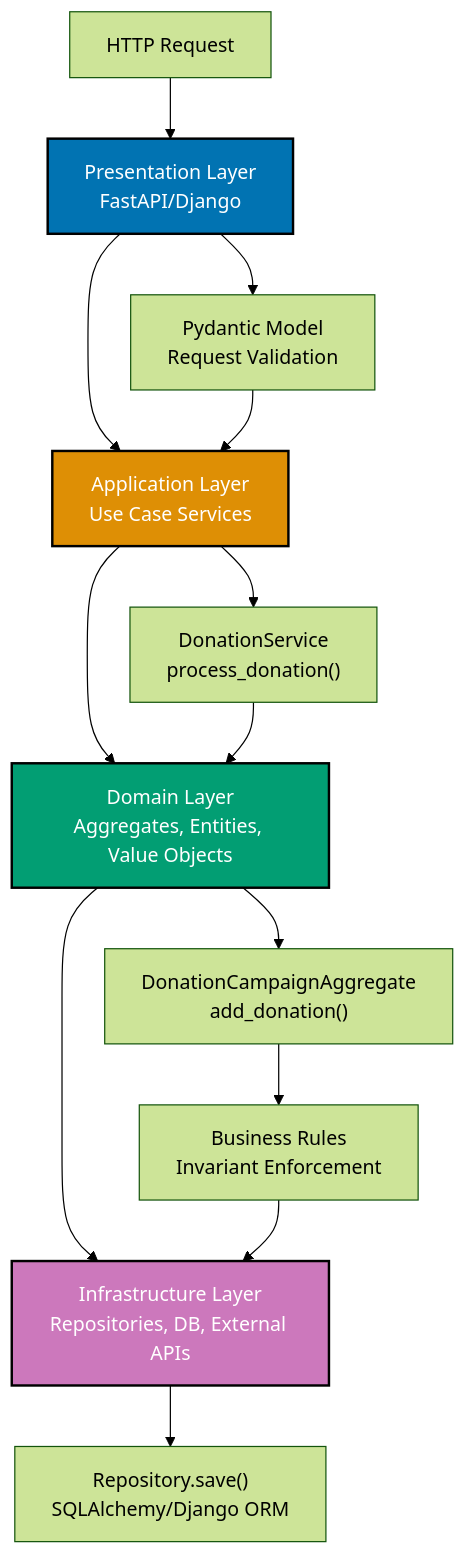
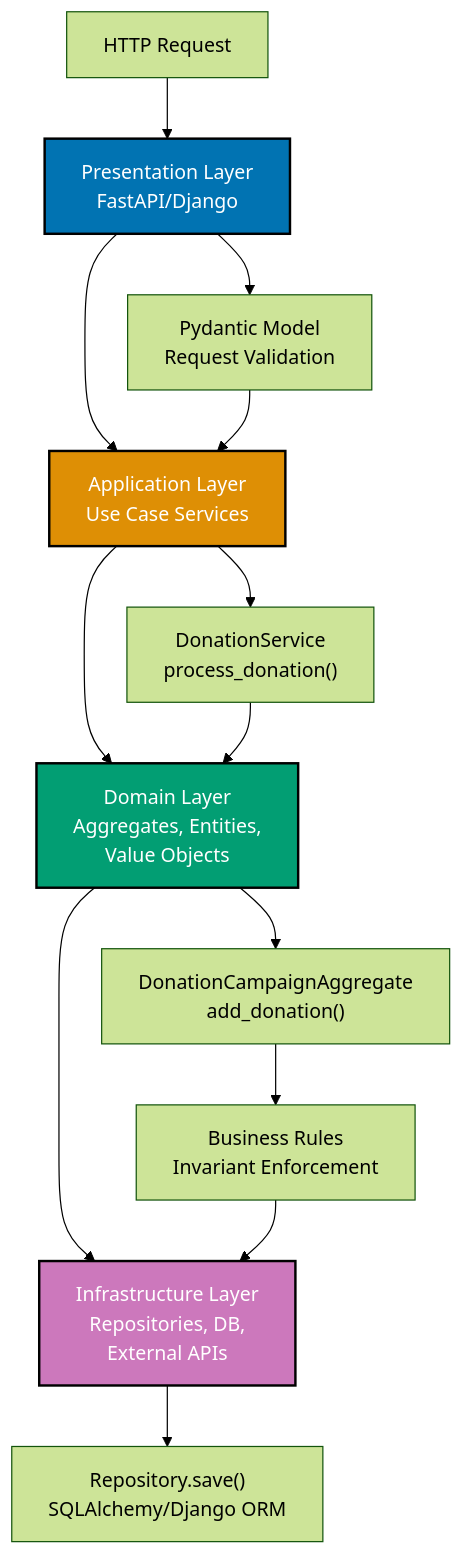
Before and after one commit to wahidyankf/open-sharia-enterprise: the first of 6 diagrams in docs/explanation/software-engineering/programming-languages/python/domain-driven-design.md, drawn with Mermaid (forest theme). The commit also changed other lines of this file and 12 other files, not shown here.

First line of the commit message:
fix(docs): fix mermaid violations in python docs

````diff
--- a/docs/explanation/software-engineering/programming-languages/python/domain-driven-design.md
+++ b/docs/explanation/software-engineering/programming-languages/python/domain-driven-design.md
@@ -241,25 +241,25 @@
 ```mermaid
 %% Color Palette: Blue #0173B2, Orange #DE8F05, Teal #029E73, Purple #CC78BC
 graph TD
   A[Presentation Layer<br/>FastAPI/Django] --> B[Application Layer<br/>Use Case Services]
-  B --> C[Domain Layer<br/>Aggregates, Entities, Value Objects]
-  C --> D[Infrastructure Layer<br/>Repositories, DB, External APIs]
+  B --> C[Domain Layer<br/>Aggregates, Entities,<br/>Value Objects]
+  C --> D[Infrastructure Layer<br/>Repositories, DB,<br/>External APIs]
 
   E[HTTP Request] --> A
   A --> F[Pydantic Model<br/>Request Validation]
   F --> B
 
   B --> G[DonationService<br/>process_donation#40;#41;]
   G --> C
 
   C --> H[DonationCampaignAggregate<br/>add_donation#40;#41;]
   H --> I[Business Rules<br/>Invariant Enforcement]
 
   I --> D
   D --> J[Repository.save#40;#41;<br/>SQLAlchemy/Django ORM]
 
   style A fill:#0173B2,stroke:#000,color:#fff,stroke-width:2px
   style B fill:#DE8F05,stroke:#000,color:#fff,stroke-width:2px
   style C fill:#029E73,stroke:#000,color:#fff,stroke-width:2px
   style D fill:#CC78BC,stroke:#000,color:#fff,stroke-width:2px
 ```
````
